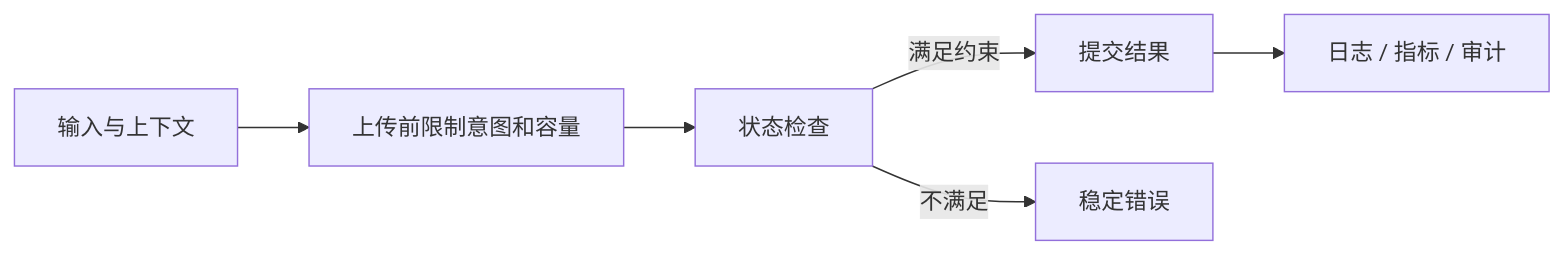
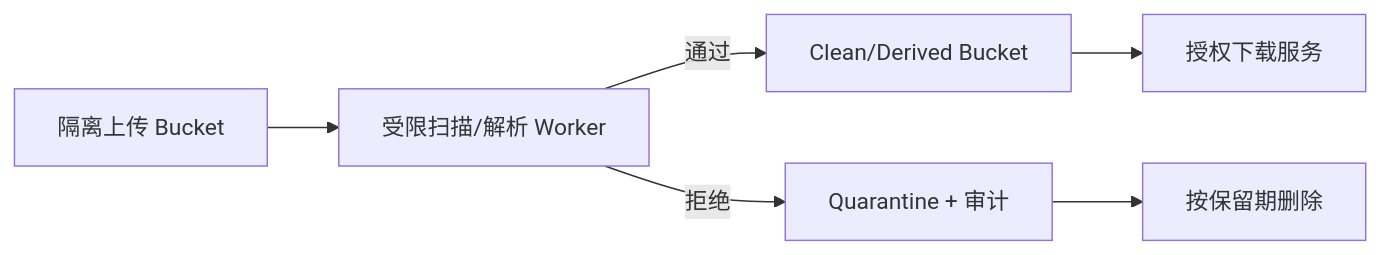
The diagram in docs/backend/secure-file-upload-download-lifecycle.md (upJiang/jiang-blog-vitepress), drawn with Mermaid before and after one commit. The commit also changed other lines of this file and 341 other files, not shown here.

````diff
--- a/docs/backend/secure-file-upload-download-lifecycle.md
+++ b/docs/backend/secure-file-upload-download-lifecycle.md
@@ -34,8 +51,8 @@
 ```mermaid
 flowchart LR
-  A[输入与上下文] --> B[上传前限制意图和容量]
-  B --> C[状态检查]
-  C -->|满足约束| D[提交结果]
-  C -->|不满足| E[稳定错误]
-  D --> F[日志 / 指标 / 审计]
+  U[隔离上传 Bucket] --> W[受限扫描/解析 Worker]
+  W -->|通过| C[Clean/Derived Bucket]
+  W -->|拒绝| Q[Quarantine + 审计]
+  C --> API[授权下载服务]
+  Q --> CLEAN[按保留期删除]
 ```
````
